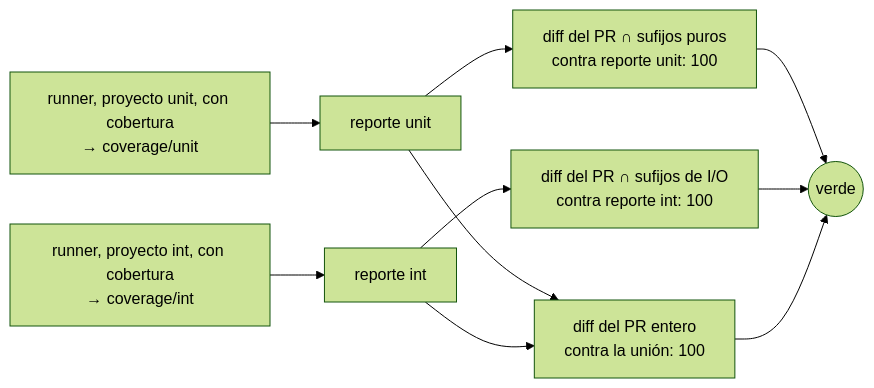
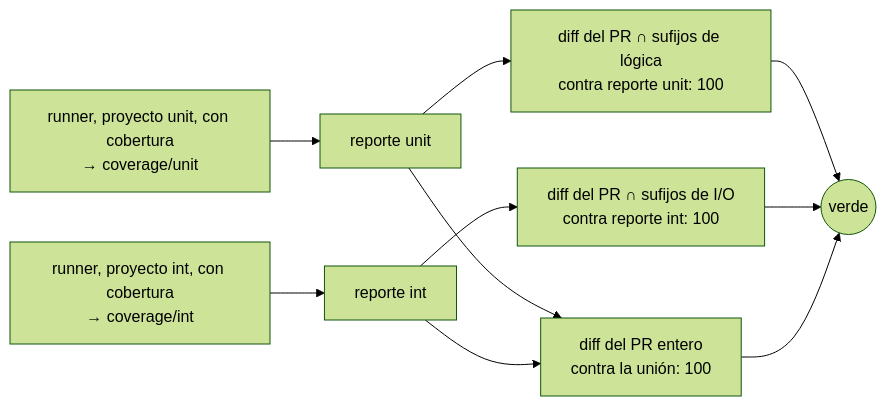
One commit to octavio-parozlabs/mindstack changed the sixth of 7 diagrams in skills/qa/SKILL.md. Above: the diagram before and after it, drawn with Mermaid (forest theme). The commit also changed other lines of this file and 1 other file, not shown here.

````diff
--- a/skills/qa/SKILL.md
+++ b/skills/qa/SKILL.md
@@ -165,9 +180,9 @@
 ```mermaid
 flowchart LR
     U["runner, proyecto unit, con cobertura\n→ coverage/unit"] --> LU[reporte unit]
     I["runner, proyecto int, con cobertura\n→ coverage/int"] --> LI[reporte int]
-    LU --> C1["diff del PR ∩ sufijos puros\ncontra reporte unit: 100"]
+    LU --> C1["diff del PR ∩ sufijos de lógica\ncontra reporte unit: 100"]
     LI --> C2["diff del PR ∩ sufijos de I/O\ncontra reporte int: 100"]
     LU & LI --> C3["diff del PR entero\ncontra la unión: 100"]
     C1 & C2 & C3 --> V((verde))
 ```
````
